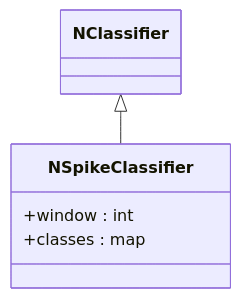
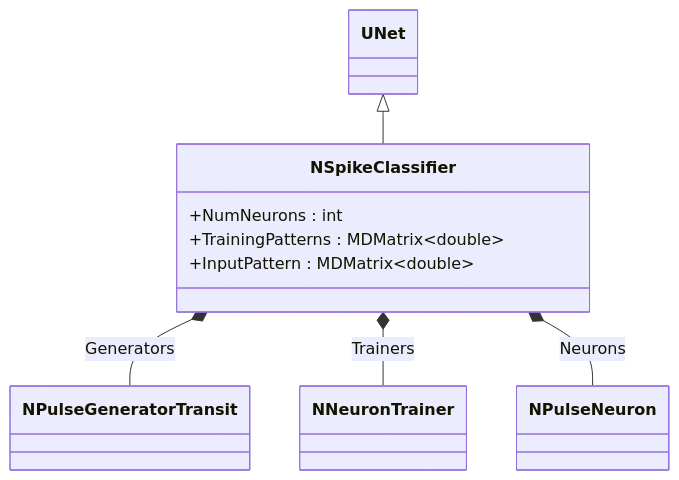
Before and after one commit to aicommunity/Nmsdk-PulseLib: the sixth of 10 diagrams in Docs/Components/NSpikeClassifier.md, drawn with Mermaid. The commit also changed other lines of this file and 196 other files, not shown here.

````diff
--- a/Docs/Components/NSpikeClassifier.md
+++ b/Docs/Components/NSpikeClassifier.md
@@ -7,8 +498,12 @@
 ```mermaid
 classDiagram
-    NClassifier <|-- NSpikeClassifier
+    UNet <|-- NSpikeClassifier
+    NSpikeClassifier *-- NPulseGeneratorTransit : Generators
+    NSpikeClassifier *-- NNeuronTrainer : Trainers
+    NSpikeClassifier *-- NPulseNeuron : Neurons
     class NSpikeClassifier {
-        +window : int
-        +classes : map
+        +NumNeurons : int
+        +TrainingPatterns : MDMatrix~double~
+        +InputPattern : MDMatrix~double~
     }
 ```
````
